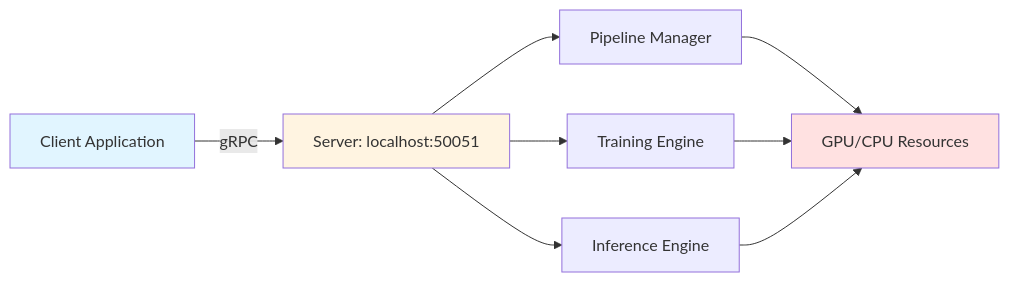
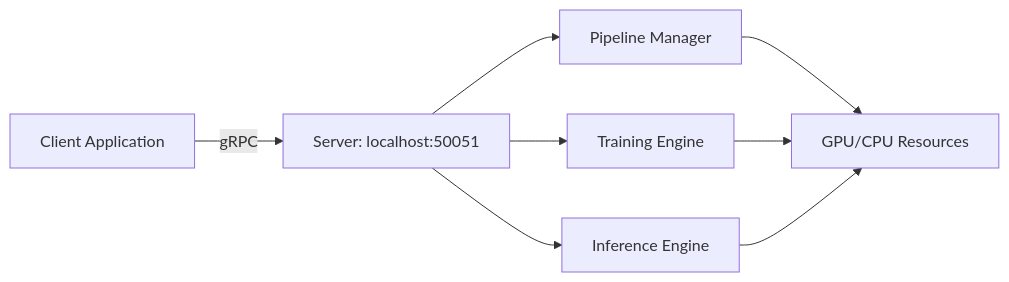
Before and after one commit to cubert-hyperspectral/cuvis-ai: the diagram in docs/deployment/grpc-workflow.md, drawn with Mermaid. The commit also changed 18 other files, not shown here.

First line of the commit message:
docs(theme): use classDef for Mermaid styling and tighten cross-page copy

````diff
--- a/docs/deployment/grpc-workflow.md
+++ b/docs/deployment/grpc-workflow.md
@@ -59,14 +59,10 @@
 ```mermaid
 graph LR
     A[Client Application] -->|gRPC| B[Server: localhost:50051]
     B --> C[Pipeline Manager]
     B --> D[Training Engine]
     B --> E[Inference Engine]
     C --> F[GPU/CPU Resources]
     D --> F
     E --> F
-
-    style A fill:#e1f5ff
-    style B fill:#fff4e1
-    style F fill:#ffe1e1
 ```
````
